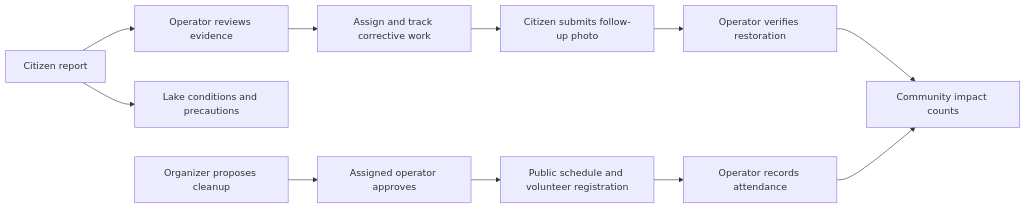
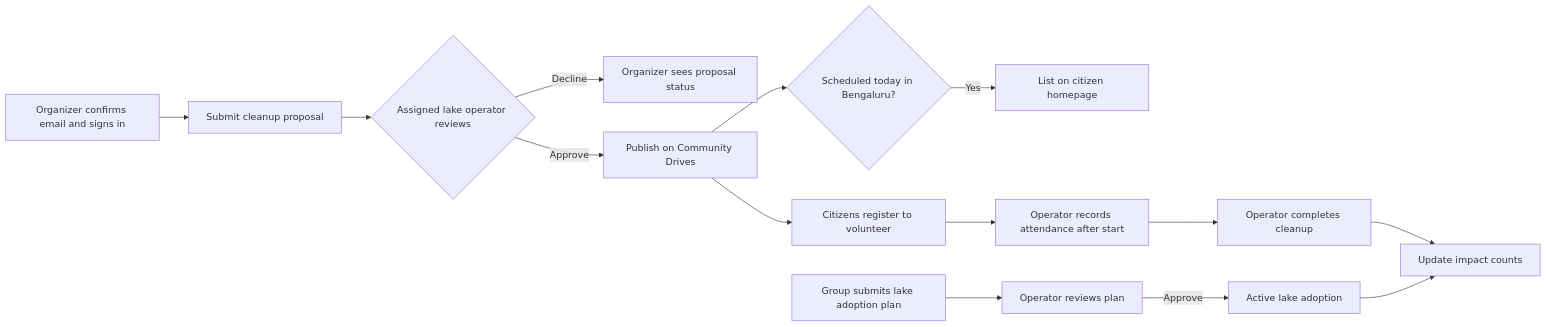
The second of 6 diagrams in README.md (BagaaBhai28/JalNetra), drawn with Mermaid before and after one commit. The commit also changed other lines of this file, not shown here.

````diff
--- a/README.md
+++ b/README.md
@@ -35,13 +65,16 @@
 ```mermaid
 flowchart LR
-    Citizen["Citizen report"] --> Review["Operator reviews evidence"]
-    Citizen --> Advice["Lake conditions and precautions"]
-    Review --> Work["Assign and track corrective work"]
-    Work --> Photo["Citizen submits follow-up photo"]
-    Photo --> Verify["Operator verifies restoration"]
-    Organizer["Organizer proposes cleanup"] --> Approval["Assigned operator approves"]
-    Approval --> Schedule["Public schedule and volunteer registration"]
-    Schedule --> Attendance["Operator records attendance"]
-    Verify --> Impact["Community impact counts"]
-    Attendance --> Impact
+    A["Organizer confirms email and signs in"] --> B["Submit cleanup proposal"]
+    B --> C{"Assigned lake operator reviews"}
+    C -->|"Decline"| D["Organizer sees proposal status"]
+    C -->|"Approve"| E["Publish on Community Drives"]
+    E --> F["Citizens register to volunteer"]
+    E --> G{"Scheduled today in Bengaluru?"}
+    G -->|"Yes"| H["List on citizen homepage"]
+    F --> I["Operator records attendance after start"]
+    I --> J["Operator completes cleanup"]
+    J --> K["Update impact counts"]
+    L["Group submits lake adoption plan"] --> M["Operator reviews plan"]
+    M -->|"Approve"| N["Active lake adoption"]
+    N --> K
 ```
````
